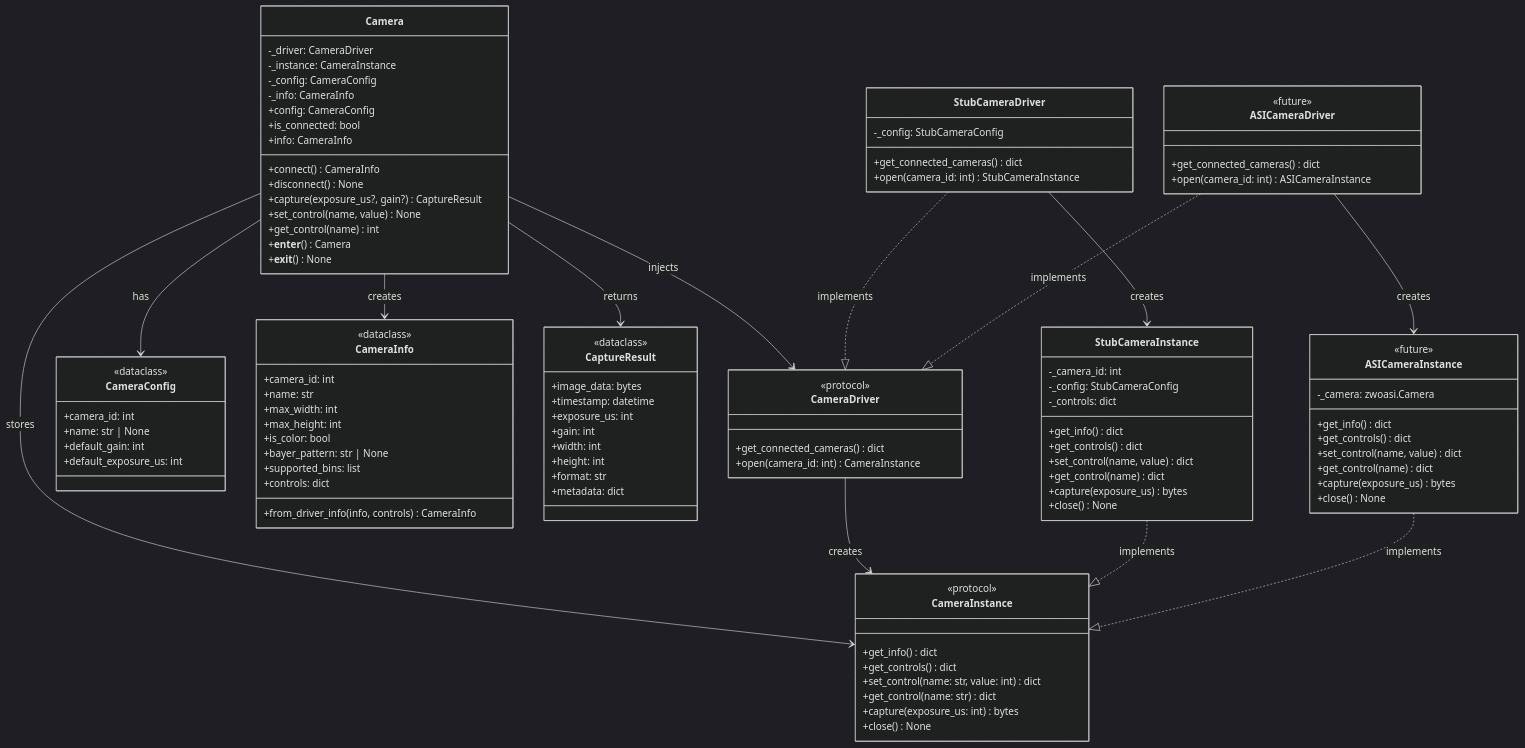
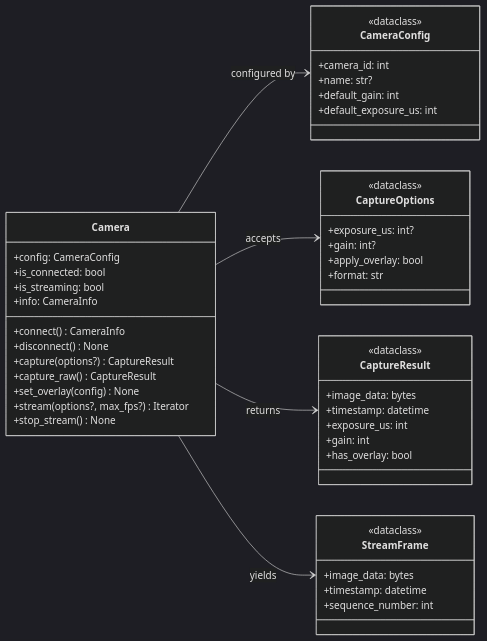
Before and after one commit to mgrandau/telescope-mcp: the third of 8 diagrams in docs/architecture/cameras.md, drawn with Mermaid. The commit also changed other lines of this file and 7 other files, not shown here.

````diff
--- a/docs/architecture/cameras.md
+++ b/docs/architecture/cameras.md
@@ -54,62 +63,36 @@
 ```mermaid
 %%{init: {'theme': 'dark'}}%%
 classDiagram
-    direction TB
+    direction LR
     
-    %% ===== PROTOCOLS (Driver Layer Interface) =====
-    class CameraDriver {
-        <<protocol>>
-        +get_connected_cameras() dict
-        +open(camera_id: int) CameraInstance
-    }
-    
-    class CameraInstance {
-        <<protocol>>
-        +get_info() dict
-        +get_controls() dict
-        +set_control(name: str, value: int) dict
-        +get_control(name: str) dict
-        +capture(exposure_us: int) bytes
-        +close() None
-    }
-    
-    %% ===== DEVICE LAYER (Public API) =====
     class Camera {
-        -_driver: CameraDriver
-        -_instance: CameraInstance
-        -_config: CameraConfig
-        -_info: CameraInfo
         +config: CameraConfig
         +is_connected: bool
+        +is_streaming: bool
         +info: CameraInfo
         +connect() CameraInfo
         +disconnect() None
-        +capture(exposure_us?, gain?) CaptureResult
-        +set_control(name, value) None
-        +get_control(name) int
-        +__enter__() Camera
-        +__exit__() None
+        +capture(options?) CaptureResult
+        +capture_raw() CaptureResult
+        +set_overlay(config) None
+        +stream(options?, max_fps?) Iterator
+        +stop_stream() None
     }
     
     class CameraConfig {
         <<dataclass>>
         +camera_id: int
-        +name: str | None
+        +name: str?
         +default_gain: int
         +default_exposure_us: int
     }
     
-    class CameraInfo {
+    class CaptureOptions {
         <<dataclass>>
-        +camera_id: int
-        +name: str
-        +max_width: int
-        +max_height: int
-        +is_color: bool
-        +bayer_pattern: str | None
-        +supported_bins: list
-        +controls: dict
-        +from_driver_info(info, controls)$ CameraInfo
+        +exposure_us: int?
+        +gain: int?
+        +apply_overlay: bool
+        +format: str
     }
     
     class CaptureResult {
@@ -118,67 +101,18 @@
         +timestamp: datetime
         +exposure_us: int
         +gain: int
-        +width: int
-        +height: int
-        +format: str
-        +metadata: dict
+        +has_overlay: bool
     }
     
-    %% ===== DRIVER IMPLEMENTATIONS (Internal) =====
-    class StubCameraDriver {
-        -_config: StubCameraConfig
-        +get_connected_cameras() dict
-        +open(camera_id: int) StubCameraInstance
+    class StreamFrame {
+        <<dataclass>>
+        +image_data: bytes
+        +timestamp: datetime
+        +sequence_number: int
     }
     
-    class StubCameraInstance {
-        -_camera_id: int
-        -_config: StubCameraConfig
-        -_controls: dict
-        +get_info() dict
-        +get_controls() dict
-        +set_control(name, value) dict
-        +get_control(name) dict
-        +capture(exposure_us) bytes
-        +close() None
-    }
-    
-    class ASICameraDriver {
-        <<future>>
-        +get_connected_cameras() dict
-        +open(camera_id: int) ASICameraInstance
-    }
-    
-    class ASICameraInstance {
-        <<future>>
-        -_camera: zwoasi.Camera
-        +get_info() dict
-        +get_controls() dict
-        +set_control(name, value) dict
-        +get_control(name) dict
-        +capture(exposure_us) bytes
-        +close() None
-    }
-    
-    %% ===== RELATIONSHIPS =====
-    
-    %% Device layer uses protocols
-    Camera --> CameraDriver : injects
-    Camera --> CameraInstance : stores
-    Camera --> CameraConfig : has
-    Camera --> CameraInfo : creates
+    Camera --> CameraConfig : configured by
+    Camera --> CaptureOptions : accepts
     Camera --> CaptureResult : returns
-    
-    %% Protocols define interface
-    CameraDriver --> CameraInstance : creates
-    
-    %% Implementations conform to protocols
-    StubCameraDriver ..|> CameraDriver : implements
-    StubCameraInstance ..|> CameraInstance : implements
-    ASICameraDriver ..|> CameraDriver : implements
-    ASICameraInstance ..|> CameraInstance : implements
-    
-    %% Driver creates its instance type
-    StubCameraDriver --> StubCameraInstance : creates
-    ASICameraDriver --> ASICameraInstance : creates
+    Camera --> StreamFrame : yields
 ```
````
